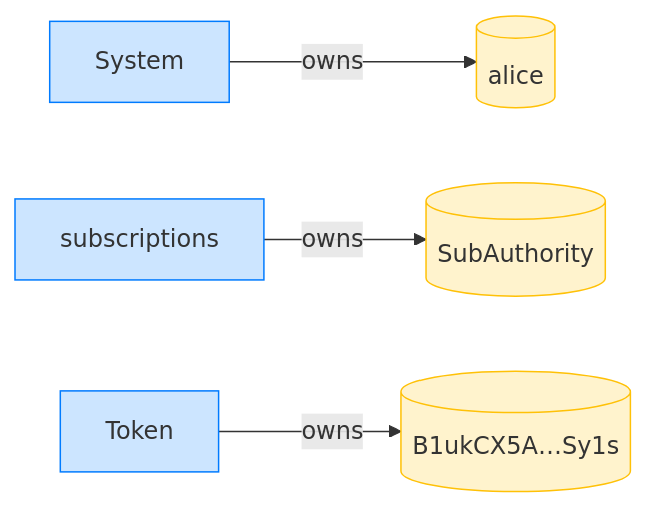
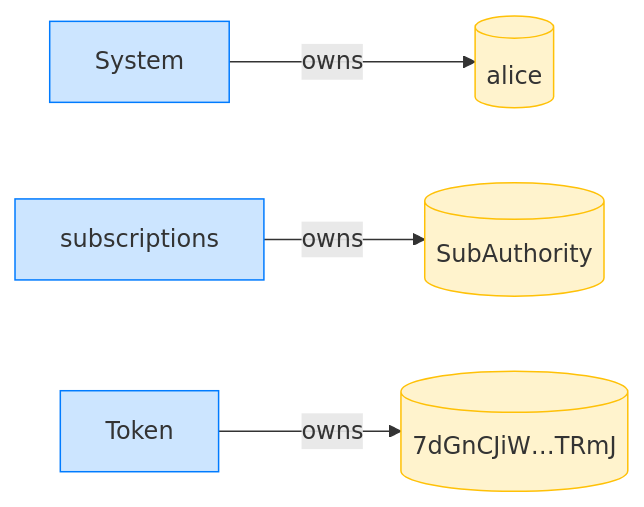
The fourth of 4 diagrams in dsl_tests/initialize-a-subscription-authority.md (cds-rs/subscriptions), drawn with Mermaid before and after one commit. The commit also changed other lines of this file and 224 other files, not shown here.

````diff
--- a/dsl_tests/initialize-a-subscription-authority.md
+++ b/dsl_tests/initialize-a-subscription-authority.md
@@ -73,14 +78,14 @@
 ```mermaid
 flowchart LR
     classDef owner fill:#cce5ff,stroke:#007bff;
     classDef account fill:#fff3cd,stroke:#ffc107;
     System[System]:::owner
     alice[(alice)]:::account
     subscriptions[subscriptions]:::owner
     SubAuthority[(SubAuthority)]:::account
     Token[Token]:::owner
-    B1ukCX5A_Sy1s[("B1ukCX5A…Sy1s")]:::account
+    7dGnCJiW_TRmJ[("7dGnCJiW…TRmJ")]:::account
     System -->|owns| alice
     subscriptions -->|owns| SubAuthority
-    Token -->|owns| B1ukCX5A_Sy1s
+    Token -->|owns| 7dGnCJiW_TRmJ
 ```
````
